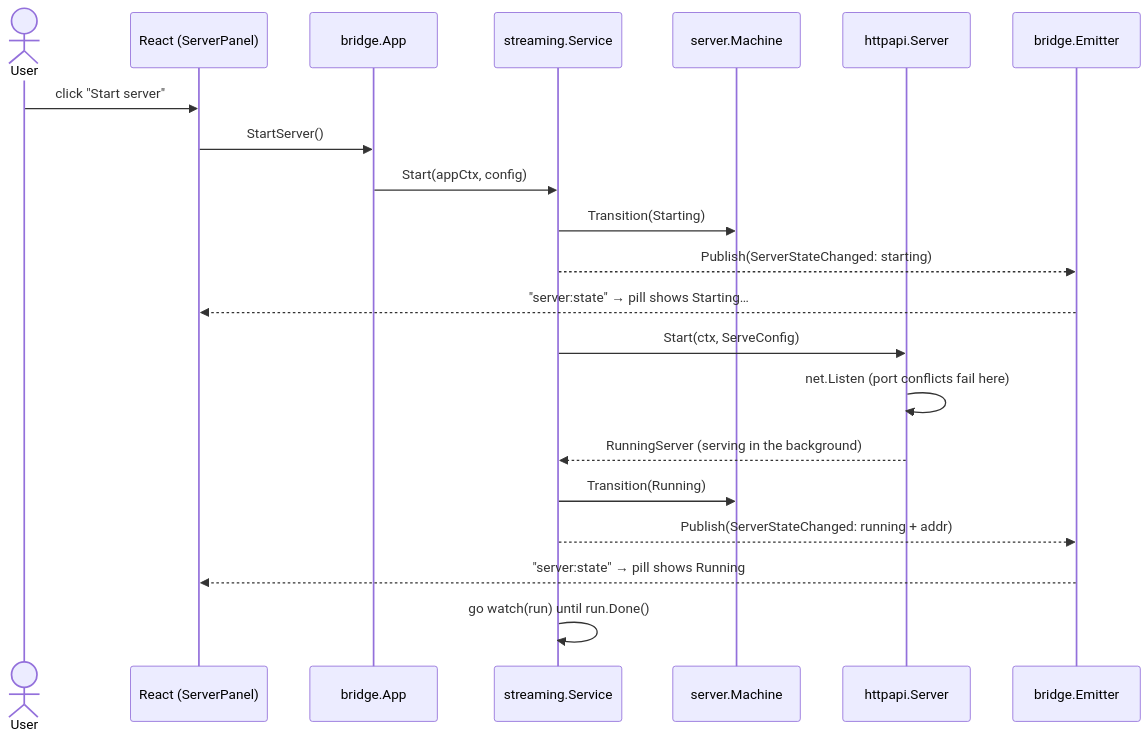
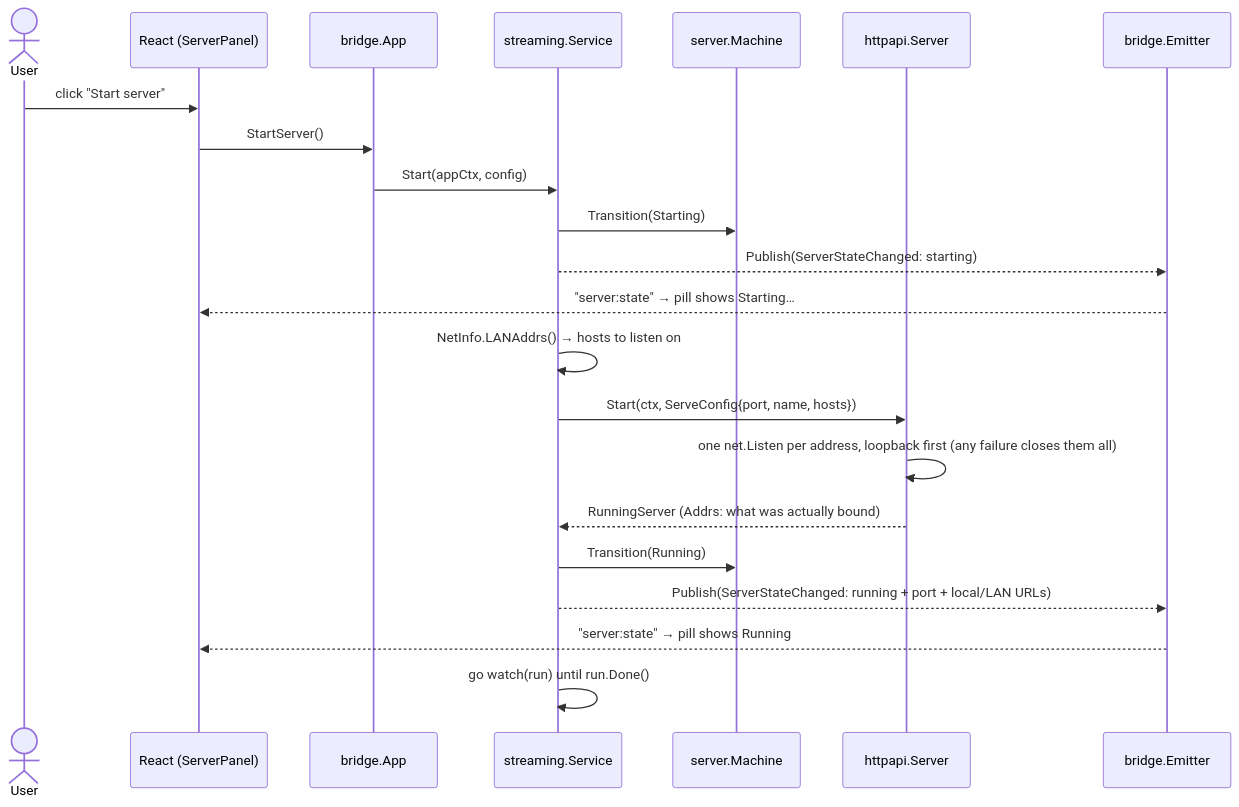
Before and after one commit to bkjonathan/ein-cast: the fifth of 6 diagrams in docs/ARCHITECTURE.md, drawn with Mermaid. The commit also changed other lines of this file and 46 other files, not shown here.

````diff
--- a/docs/ARCHITECTURE.md
+++ b/docs/ARCHITECTURE.md
@@ -120,24 +147,25 @@
 ```mermaid
 sequenceDiagram
     actor User
     participant UI as React (ServerPanel)
     participant Bridge as bridge.App
     participant Svc as streaming.Service
     participant SM as server.Machine
     participant Web as httpapi.Server
     participant Emit as bridge.Emitter
 
     User->>UI: click "Start server"
     UI->>Bridge: StartServer()
     Bridge->>Svc: Start(appCtx, config)
     Svc->>SM: Transition(Starting)
     Svc-->>Emit: Publish(ServerStateChanged: starting)
     Emit-->>UI: "server:state" → pill shows Starting…
-    Svc->>Web: Start(ctx, ServeConfig)
-    Web->>Web: net.Listen (port conflicts fail here)
-    Web-->>Svc: RunningServer (serving in the background)
+    Svc->>Svc: NetInfo.LANAddrs() → hosts to listen on
+    Svc->>Web: Start(ctx, ServeConfig{port, name, hosts})
+    Web->>Web: one net.Listen per address, loopback first (any failure closes them all)
+    Web-->>Svc: RunningServer (Addrs: what was actually bound)
     Svc->>SM: Transition(Running)
-    Svc-->>Emit: Publish(ServerStateChanged: running + addr)
+    Svc-->>Emit: Publish(ServerStateChanged: running + port + local/LAN URLs)
     Emit-->>UI: "server:state" → pill shows Running
     Svc->>Svc: go watch(run) until run.Done()
 ```
````
